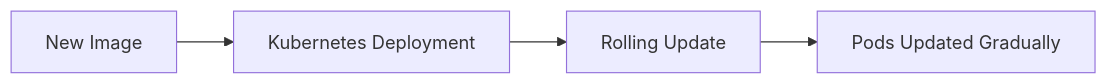
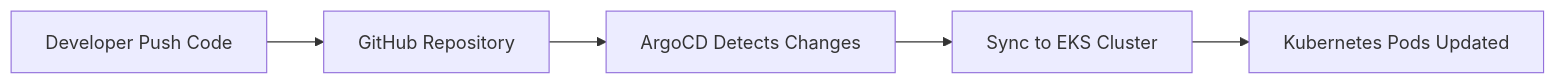
The fourth of 9 diagrams in README.md (AniketFirke/-CI-CD-Projects), drawn with Mermaid before and after one commit. The commit also changed other lines of this file, not shown here.

````diff
--- a/README.md
+++ b/README.md
@@ -109,6 +109,8 @@
 ```mermaid
 flowchart LR
-    A[New Image] --> B[Kubernetes Deployment]
-    B --> C[Rolling Update]
-    C --> D[Pods Updated Gradually]
+    A[Developer Push Code] --> B[GitHub Repository]
+    B --> C[ArgoCD Detects Changes]
+    C --> D[Sync to EKS Cluster]
+    D --> E[Kubernetes Pods Updated]
+
 ```
````
